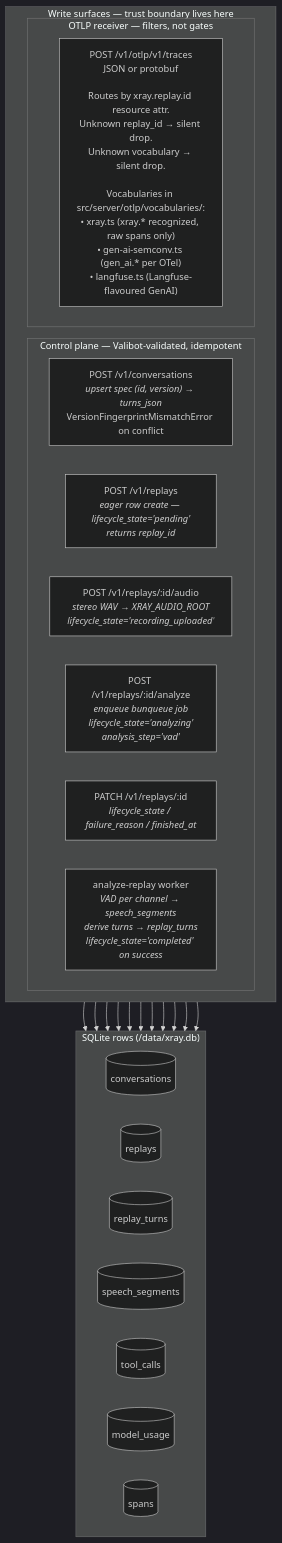
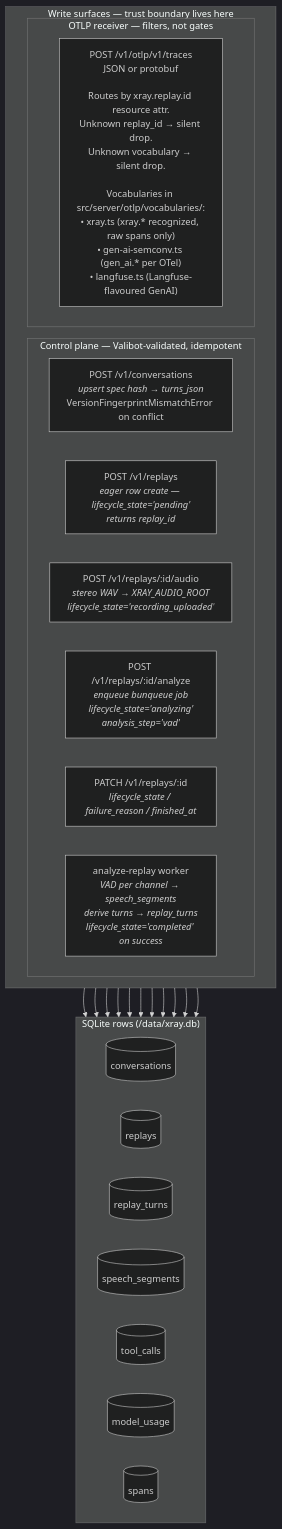
The second of 5 diagrams in docs/architecture.md (basilebong/xray), drawn with Mermaid (dark theme) before and after one commit. The commit also changed other lines of this file and 14 other files, not shown here.

````diff
--- a/docs/architecture.md
+++ b/docs/architecture.md
@@ -117,40 +117,40 @@
 ```mermaid
 flowchart TB
     subgraph WRITES["Write surfaces — trust boundary lives here"]
       direction LR
       subgraph CP["Control plane — Valibot-validated, idempotent"]
-        CP1["POST /v1/conversations<br/><i>upsert spec (id, version) → turns_json</i><br/>VersionFingerprintMismatchError on conflict"]
+        CP1["POST /v1/conversations<br/><i>upsert spec hash → turns_json</i><br/>VersionFingerprintMismatchError on conflict"]
         CP2["POST /v1/replays<br/><i>eager row create — lifecycle_state='pending'<br/>returns replay_id</i>"]
         CP3["POST /v1/replays/:id/audio<br/><i>stereo WAV → XRAY_AUDIO_ROOT<br/>lifecycle_state='recording_uploaded'</i>"]
         CP4["POST /v1/replays/:id/analyze<br/><i>enqueue bunqueue job<br/>lifecycle_state='analyzing'<br/>analysis_step='vad'</i>"]
         CP5["PATCH /v1/replays/:id<br/><i>lifecycle_state / failure_reason / finished_at</i>"]
         CP6["analyze-replay worker<br/><i>VAD per channel → speech_segments<br/>derive turns → replay_turns<br/>lifecycle_state='completed' on success</i>"]
       end
       subgraph RX["OTLP receiver — filters, not gates"]
         RX1["POST /v1/otlp/v1/traces<br/>JSON or protobuf<br/><br/>Routes by xray.replay.id resource attr.<br/>Unknown replay_id → silent drop.<br/>Unknown vocabulary → silent drop.<br/><br/>Vocabularies in src/server/otlp/vocabularies/:<br/>• xray.ts (xray.* recognized, raw spans only)<br/>• gen-ai-semconv.ts (gen_ai.* per OTel)<br/>• langfuse.ts (Langfuse-flavoured GenAI)"]
       end
     end
 
     subgraph TABLES["SQLite rows (/data/xray.db)"]
       direction LR
       T_C[("conversations")]
       T_R[("replays")]
       T_RT[("replay_turns")]
       T_SS[("speech_segments")]
       T_TC[("tool_calls")]
       T_MU[("model_usage")]
       T_S[("spans")]
     end
 
     CP1 --> T_C
     CP2 --> T_R
     CP3 --> T_R
     CP4 --> T_R
     CP5 --> T_R
     CP6 --> T_R
     CP6 --> T_RT
     CP6 --> T_SS
     RX1 --> T_TC
     RX1 --> T_MU
     RX1 --> T_S
 ```
````
